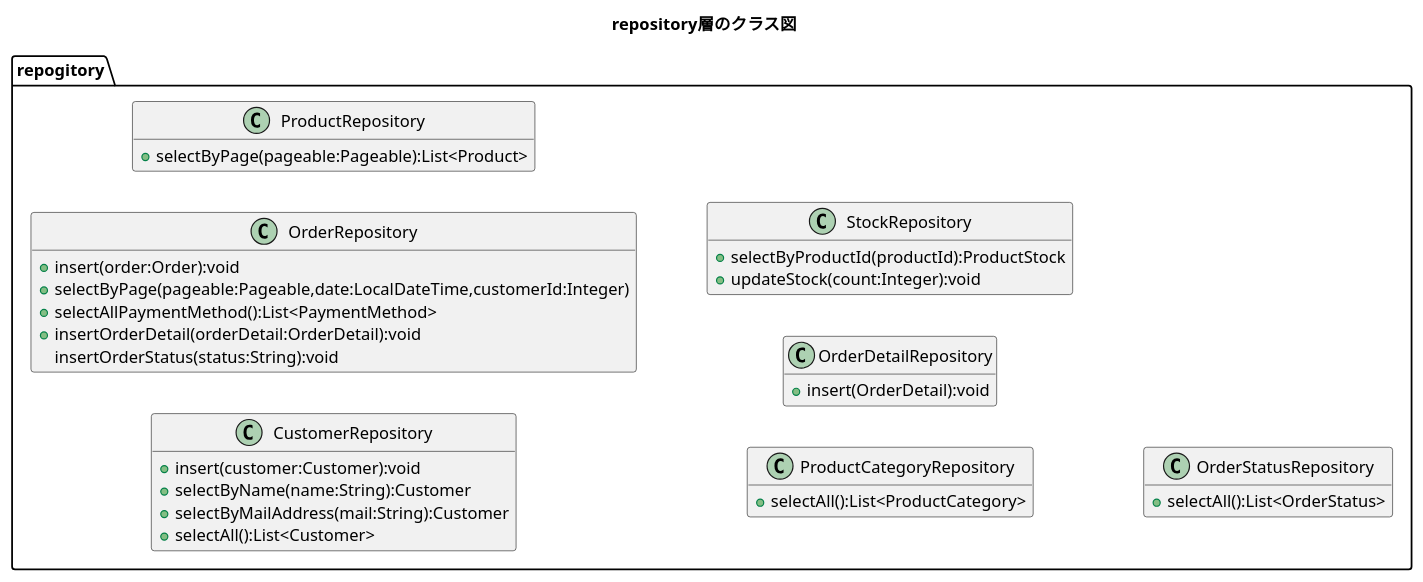
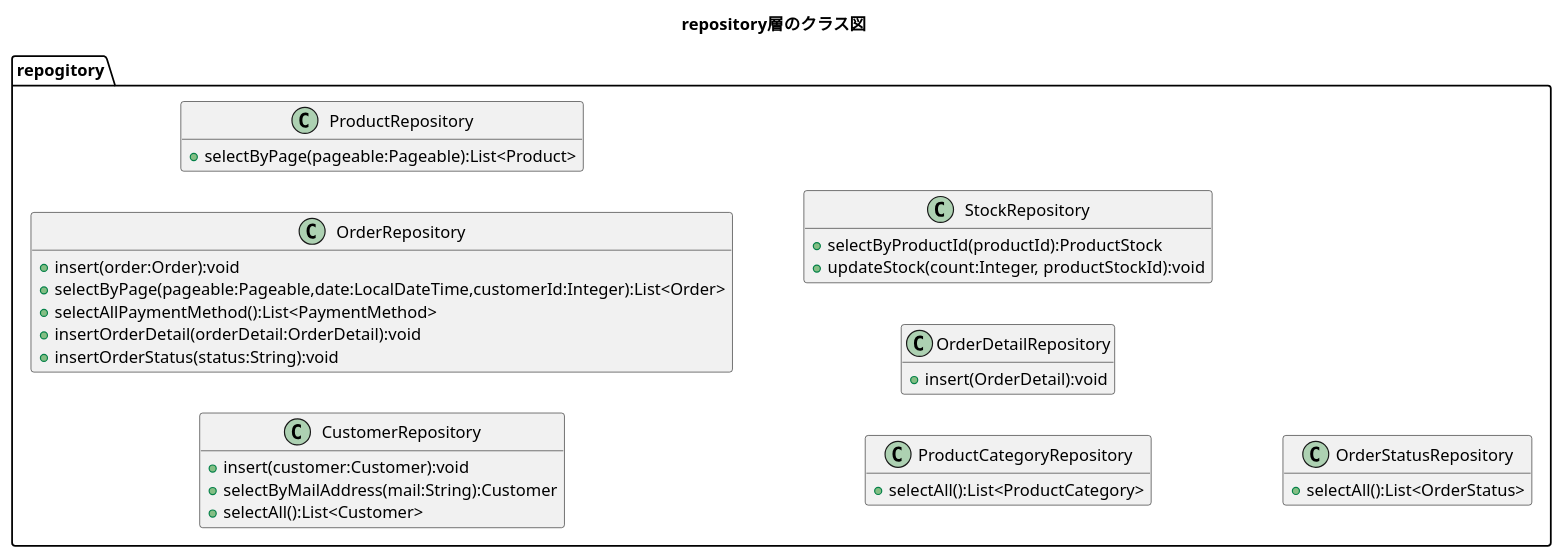
Before and after one commit to kanavii3333/ec-b: the diagram in plan/uml/class/front-end/repository.plantuml, drawn with PlantUML. The commit also changed 8 other files, not shown here.

```diff
--- a/plan/uml/class/front-end/repository.plantuml
+++ b/plan/uml/class/front-end/repository.plantuml
@@ -1,43 +1,42 @@
 @startuml
 title repository層のクラス図
 hide empty members
 left to right direction
 
 package repogitory{
 class CustomerRepository{
         +insert(customer:Customer):void
-        +selectByName(name:String):Customer
         +selectByMailAddress(mail:String):Customer
         +selectAll():List<Customer>
     }
 
     class OrderRepository{
         +insert(order:Order):void
-        +selectByPage(pageable:Pageable,date:LocalDateTime,customerId:Integer)
+        +selectByPage(pageable:Pageable,date:LocalDateTime,customerId:Integer):List<Order>
         +selectAllPaymentMethod():List<PaymentMethod>
         +insertOrderDetail(orderDetail:OrderDetail):void
-        insertOrderStatus(status:String):void
+        +insertOrderStatus(status:String):void
     }
 
     class ProductRepository{
         +selectByPage(pageable:Pageable):List<Product>
     }
 
     class ProductCategoryRepository{
         +selectAll():List<ProductCategory>
     }
 
     class OrderDetailRepository{
         +insert(OrderDetail):void
     }
     
     class StockRepository{
         +selectByProductId(productId):ProductStock
-        +updateStock(count:Integer):void
+        +updateStock(count:Integer, productStockId):void
     }
 
     class OrderStatusRepository{
         +selectAll():List<OrderStatus>
     }
 }
 @enduml
```
